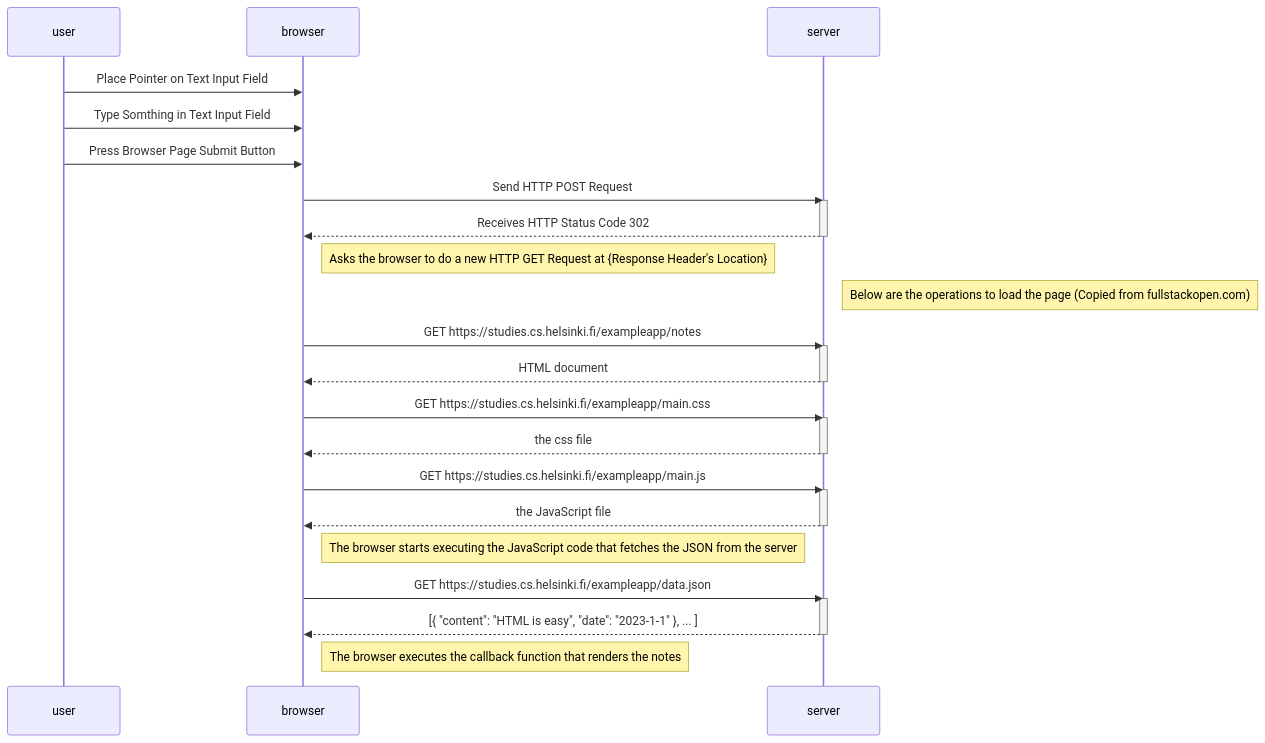
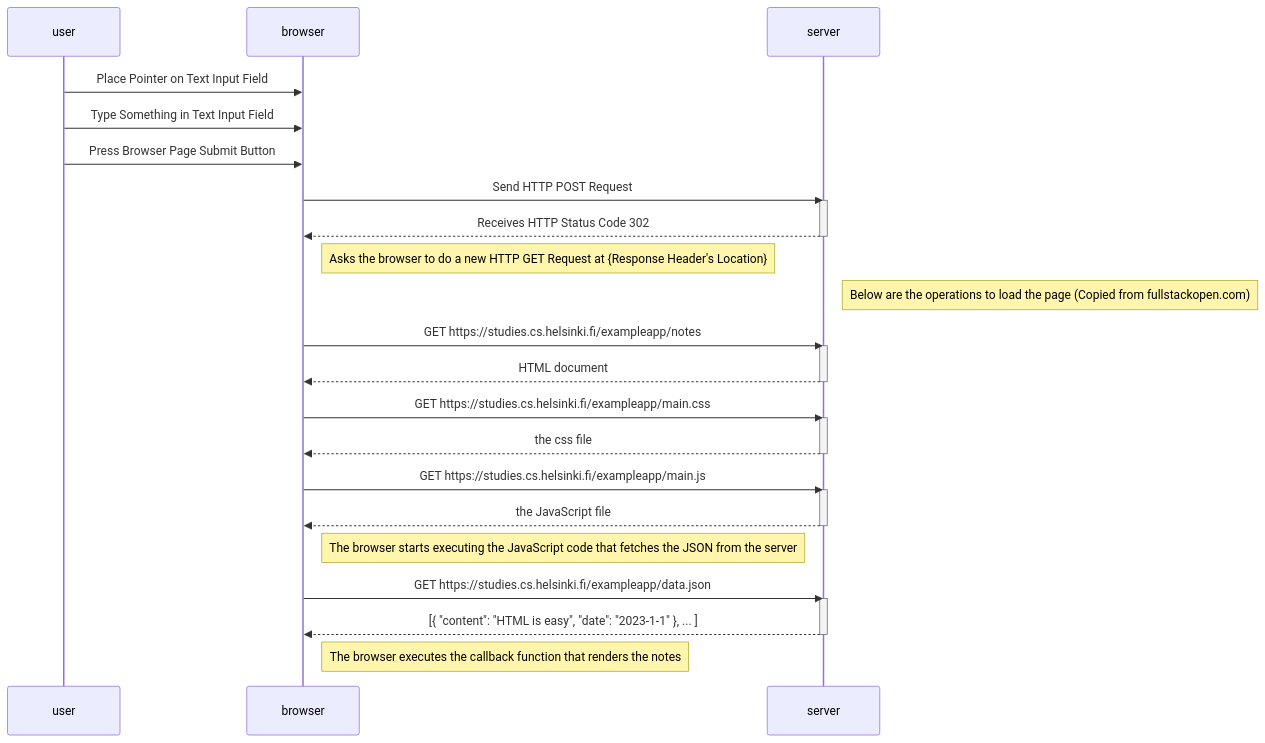
One commit to tompy398/FullStackOpen-Personal changed the diagram in Part0/Exercise0.4.md. Above: the diagram before and after it, drawn with Mermaid.

Commit message:
Spelling error
Somthing -> Something (Line 8)

````diff
--- a/Part0/Exercise0.4.md
+++ b/Part0/Exercise0.4.md
@@ -1,42 +1,42 @@
 ```mermaid
 sequenceDiagram
     participant user
     participant browser
     participant server
     
     user->>browser: Place Pointer on Text Input Field
-    user->>browser: Type Somthing in Text Input Field
+    user->>browser: Type Something in Text Input Field
     user->>browser: Press Browser Page Submit Button
     
     browser->>server: Send HTTP POST Request
     activate server
     server-->>browser: Receives HTTP Status Code 302
     deactivate server
 
     Note right of browser: Asks the browser to do a new HTTP GET Request at {Response Header's Location}
     Note right of server: Below are the operations to load the page (Copied from fullstackopen.com)
 
     browser->>server: GET https://studies.cs.helsinki.fi/exampleapp/notes
     activate server
     server-->>browser: HTML document
     deactivate server
 
     browser->>server: GET https://studies.cs.helsinki.fi/exampleapp/main.css
     activate server
     server-->>browser: the css file
     deactivate server
 
     browser->>server: GET https://studies.cs.helsinki.fi/exampleapp/main.js
     activate server
     server-->>browser: the JavaScript file
     deactivate server
 
     Note right of browser: The browser starts executing the JavaScript code that fetches the JSON from the server
 
     browser->>server: GET https://studies.cs.helsinki.fi/exampleapp/data.json
     activate server
     server-->>browser: [{ "content": "HTML is easy", "date": "2023-1-1" }, ... ]
     deactivate server
 
     Note right of browser: The browser executes the callback function that renders the notes
 ```
````
